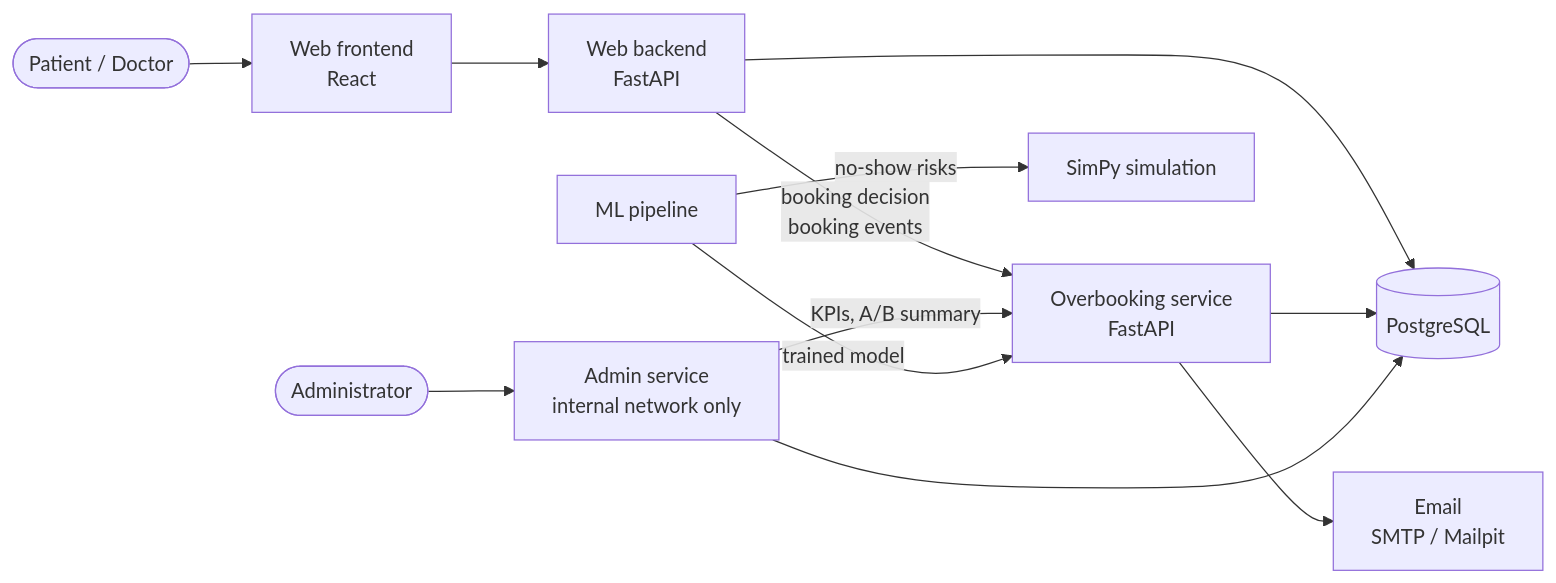
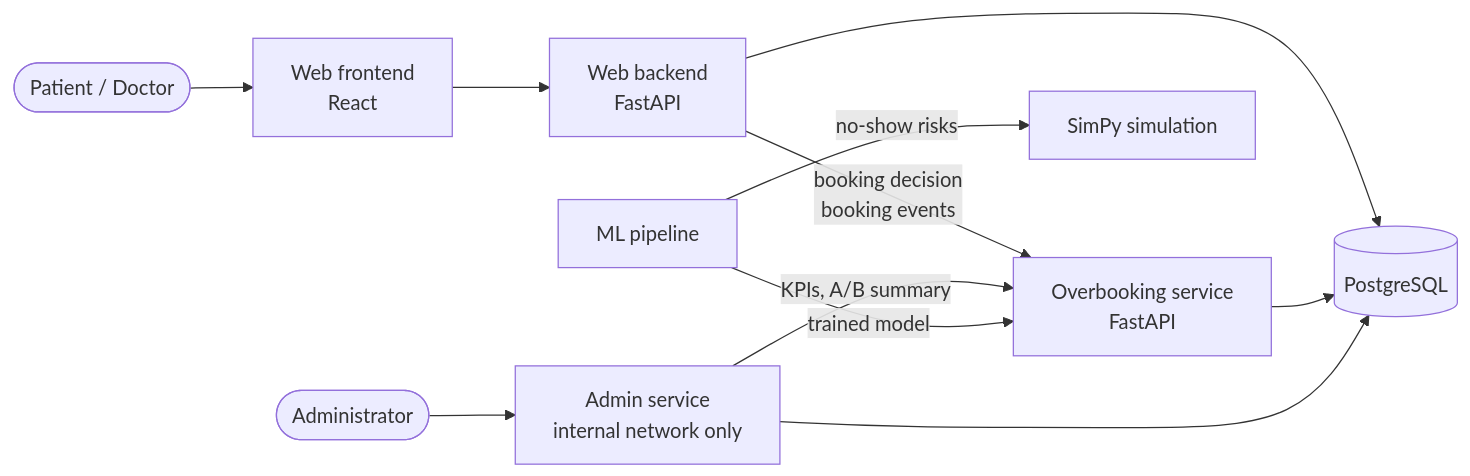
Before and after one commit to cnrasili/noshow-smart-scheduling: the diagram in README.md, drawn with Mermaid. The commit also changed other lines of this file and 20 other files, not shown here.

````diff
--- a/README.md
+++ b/README.md
@@ -55,14 +55,13 @@
 ```mermaid
 flowchart LR
     U([Patient / Doctor]) --> FE[Web frontend<br/>React]
     A([Administrator]) --> ADM
     FE --> BE[Web backend<br/>FastAPI]
     BE -->|booking decision<br/>booking events| OS[Overbooking service<br/>FastAPI]
     BE --> DB[(PostgreSQL)]
     OS --> DB
-    OS --> MAIL[Email<br/>SMTP / Mailpit]
     ADM[Admin service<br/>internal network only] -->|KPIs, A/B summary| OS
     ADM --> DB
     ML[ML pipeline] -->|trained model| OS
     ML -->|no-show risks| SIM[SimPy simulation]
 ```
````
